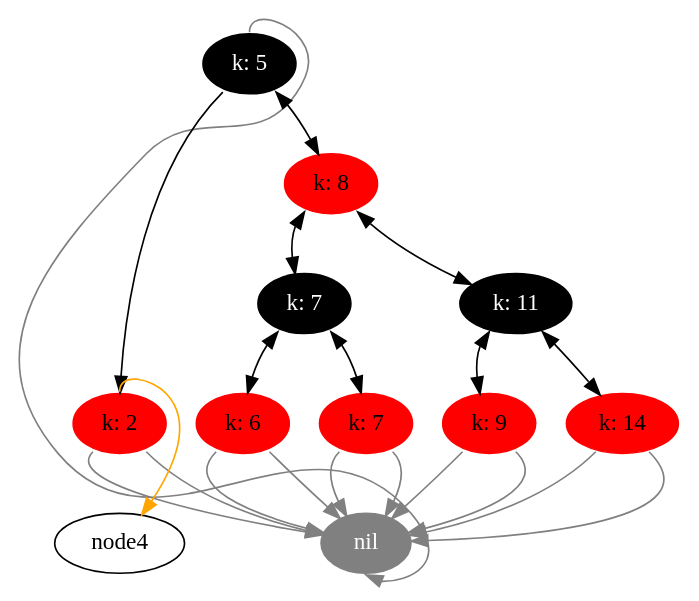
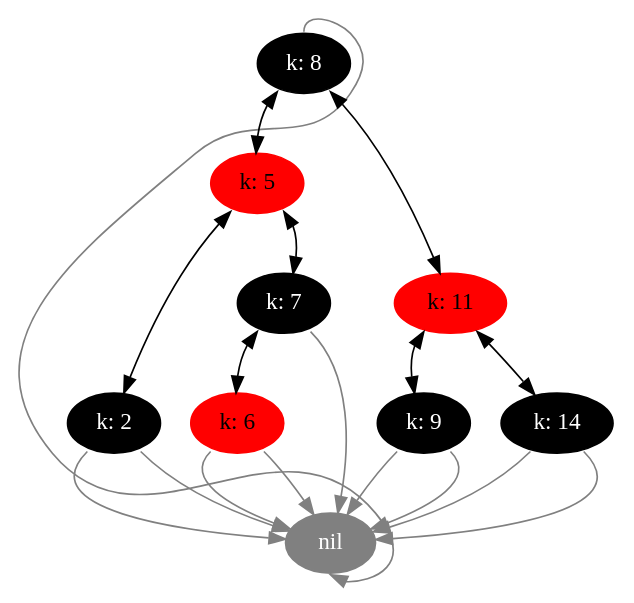
Before and after one commit to fandm-cps/project2-team-3: the diagram in rbtree2.dot, drawn with Graphviz. The commit also changed 3 other files, not shown here.

```diff
--- a/rbtree2.dot
+++ b/rbtree2.dot
@@ -1,32 +1,28 @@
 digraph RBTMultimap {
 	 node1 [label="nil", style=filled, color=grey, fontcolor=white];
 	 node2 -> node1 [constraint=false, tailport=n, headport=s, color=grey];
-	 node2 [label="k: 5", style=filled, color=black, fontcolor=white];
-	 node2 -> node3 [tailport=sw];
-	 node3 -> node4 [tailport=n, color=orange];
-	 node2 -> node5 [tailport=se, dir=both];
-	 node3 [label="k: 2", style=filled, color=red];
-	 node3 -> node1 [tailport=sw, color=grey];
-	 node3 -> node1 [tailport=se, color=grey];
-	 node5 [label="k: 8", style=filled, color=red];
-	 node5 -> node6 [tailport=sw, dir=both];
-	 node5 -> node7 [tailport=se, dir=both];
+	 node2 [label="k: 8", style=filled, color=black, fontcolor=white];
+	 node2 -> node3 [tailport=sw, dir=both];
+	 node2 -> node4 [tailport=se, dir=both];
+	 node3 [label="k: 5", style=filled, color=red];
+	 node3 -> node5 [tailport=sw, dir=both];
+	 node3 -> node6 [tailport=se, dir=both];
+	 node4 [label="k: 11", style=filled, color=red];
+	 node4 -> node7 [tailport=sw, dir=both];
+	 node4 -> node8 [tailport=se, dir=both];
+	 node5 [label="k: 2", style=filled, color=black, fontcolor=white];
+	 node5 -> node1 [tailport=sw, color=grey];
+	 node5 -> node1 [tailport=se, color=grey];
 	 node6 [label="k: 7", style=filled, color=black, fontcolor=white];
-	 node6 -> node8 [tailport=sw, dir=both];
-	 node6 -> node9 [tailport=se, dir=both];
-	 node7 [label="k: 11", style=filled, color=black, fontcolor=white];
-	 node7 -> node10 [tailport=sw, dir=both];
-	 node7 -> node11 [tailport=se, dir=both];
-	 node8 [label="k: 6", style=filled, color=red];
+	 node6 -> node9 [tailport=sw, dir=both];
+	 node6 -> node1 [tailport=se, color=grey];
+	 node7 [label="k: 9", style=filled, color=black, fontcolor=white];
+	 node7 -> node1 [tailport=sw, color=grey];
+	 node7 -> node1 [tailport=se, color=grey];
+	 node8 [label="k: 14", style=filled, color=black, fontcolor=white];
 	 node8 -> node1 [tailport=sw, color=grey];
 	 node8 -> node1 [tailport=se, color=grey];
-	 node9 [label="k: 7", style=filled, color=red];
+	 node9 [label="k: 6", style=filled, color=red];
 	 node9 -> node1 [tailport=sw, color=grey];
 	 node9 -> node1 [tailport=se, color=grey];
-	 node10 [label="k: 9", style=filled, color=red];
-	 node10 -> node1 [tailport=sw, color=grey];
-	 node10 -> node1 [tailport=se, color=grey];
-	 node11 [label="k: 14", style=filled, color=red];
-	 node11 -> node1 [tailport=sw, color=grey];
-	 node11 -> node1 [tailport=se, color=grey];
 }
```
